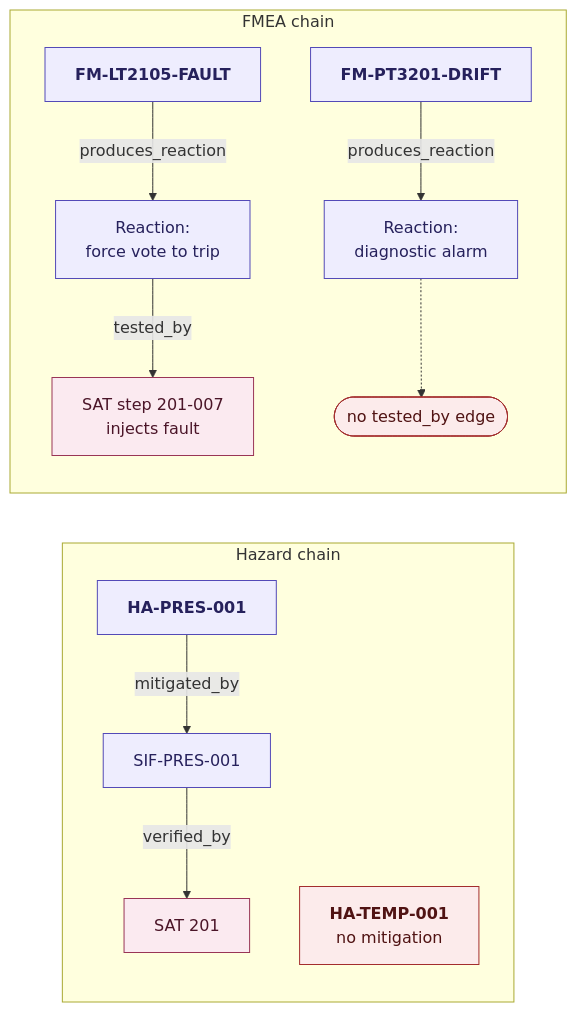
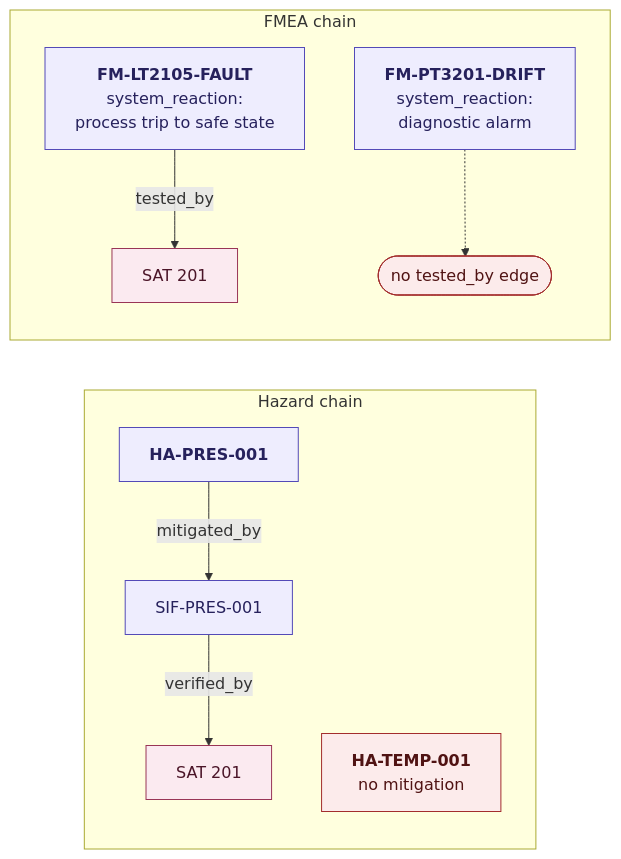
The fifth of 9 diagrams in ekg_concept.md (rcanterberryhall/hexcaliper), drawn with Mermaid before and after one commit. The commit also changed other lines of this file, not shown here.

First line of the commit message:
ekg: align concept.md schema with implementation doc

````diff
--- a/ekg_concept.md
+++ b/ekg_concept.md
@@ -251,37 +256,31 @@
 ```mermaid
 flowchart LR
     subgraph Hazard["Hazard chain"]
         H1["<b>HA-PRES-001</b>"]
         SIF1["SIF-PRES-001"]
         SAT1["SAT 201"]
         H1 -- "mitigated_by" --> SIF1
         SIF1 -- "verified_by" --> SAT1
 
         H2["<b>HA-TEMP-001</b><br/>no mitigation"]
     end
 
     subgraph FMEA["FMEA chain"]
-        FM1["<b>FM-LT2105-FAULT</b>"]
-        Rx1["Reaction:<br/>force vote to trip"]
-        Step1["SAT step 201-007<br/>injects fault"]
-        FM1 -- "produces_reaction" --> Rx1
-        Rx1 -- "tested_by" --> Step1
+        FM1["<b>FM-LT2105-FAULT</b><br/>system_reaction:<br/>process trip to safe state"]
+        SAT_FM1["SAT 201"]
+        FM1 -- "tested_by" --> SAT_FM1
 
-        FM2["<b>FM-PT3201-DRIFT</b>"]
-        Rx2["Reaction:<br/>diagnostic alarm"]
+        FM2["<b>FM-PT3201-DRIFT</b><br/>system_reaction:<br/>diagnostic alarm"]
         Missing(["no tested_by edge"])
-        FM2 -- "produces_reaction" --> Rx2
-        Rx2 -.-> Missing
+        FM2 -.-> Missing
     end
 
     style H1 fill:#EEEDFE,stroke:#534AB7,color:#26215C
     style SIF1 fill:#EEEDFE,stroke:#534AB7,color:#26215C
     style SAT1 fill:#FBEAF0,stroke:#993556,color:#4B1528
     style H2 fill:#FCEBEB,stroke:#A32D2D,color:#501313
     style FM1 fill:#EEEDFE,stroke:#534AB7,color:#26215C
-    style Rx1 fill:#EEEDFE,stroke:#534AB7,color:#26215C
-    style Step1 fill:#FBEAF0,stroke:#993556,color:#4B1528
+    style SAT_FM1 fill:#FBEAF0,stroke:#993556,color:#4B1528
     style FM2 fill:#EEEDFE,stroke:#534AB7,color:#26215C
-    style Rx2 fill:#EEEDFE,stroke:#534AB7,color:#26215C
     style Missing fill:#FCEBEB,stroke:#A32D2D,color:#501313
 ```
````
